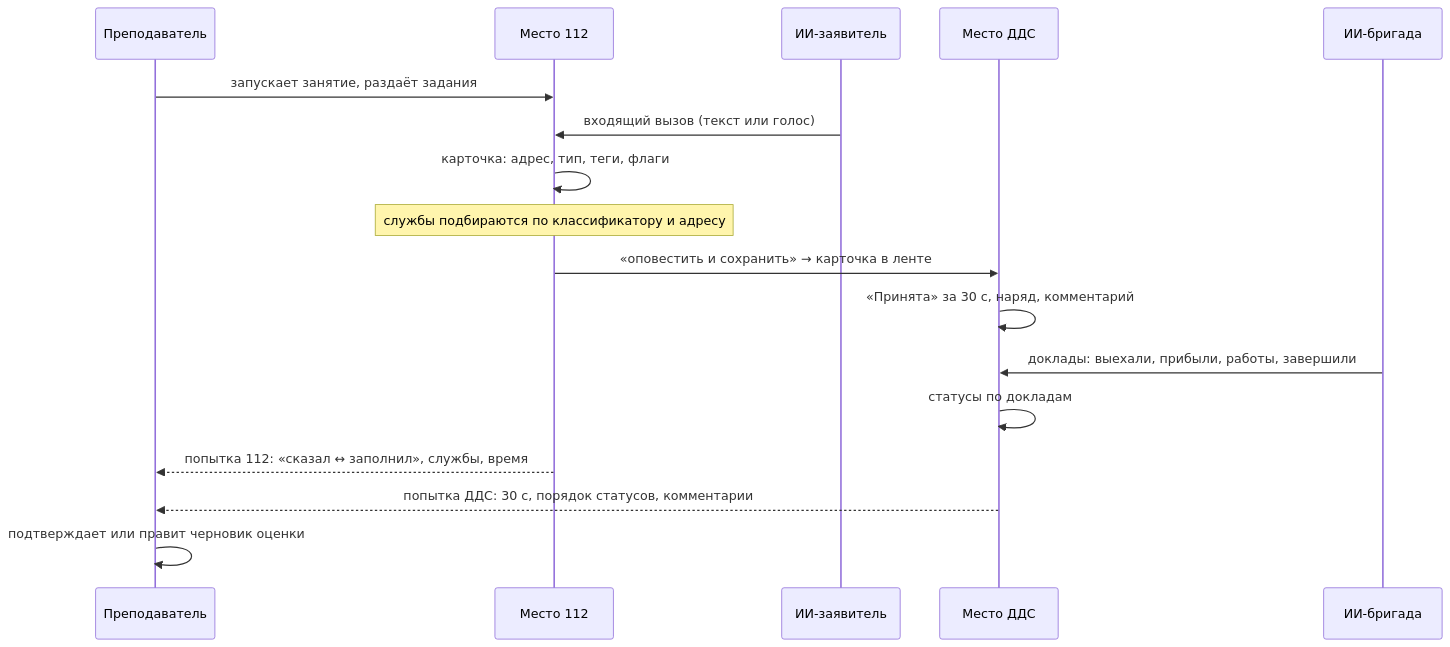
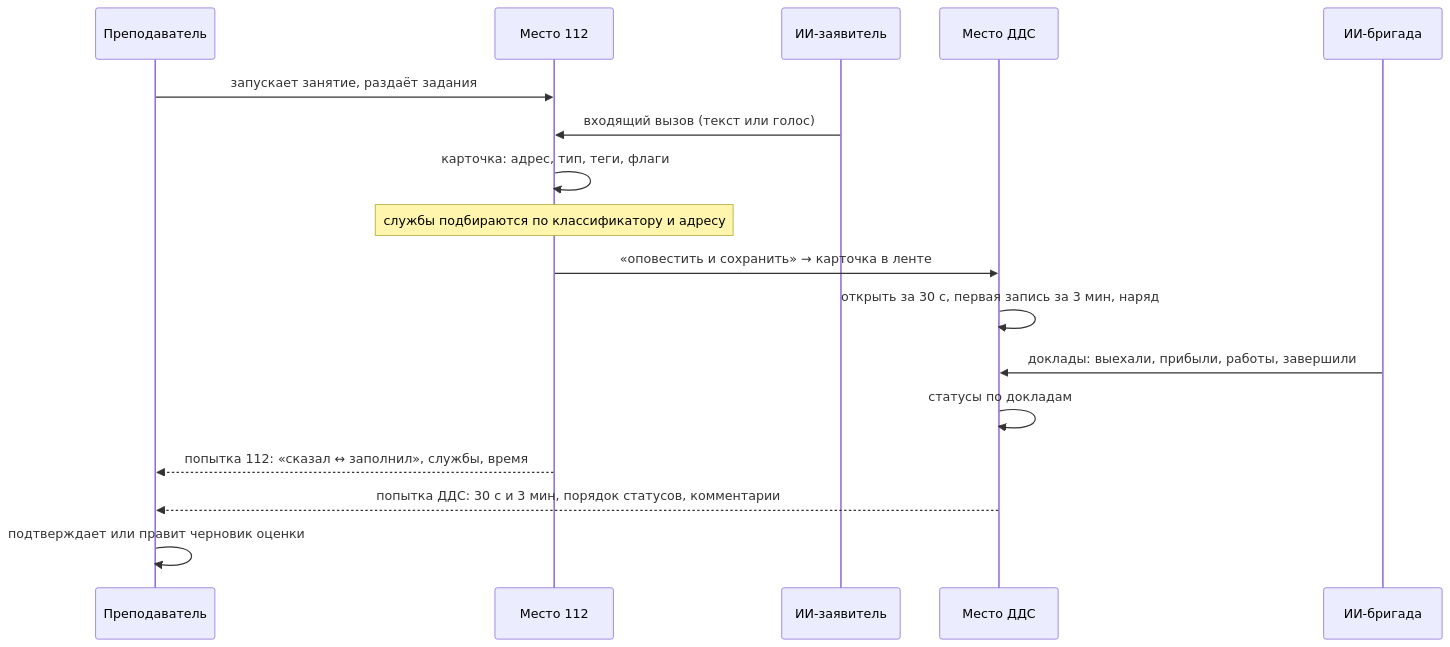
One commit to bukhanka/trainer-112-dds changed the second of 2 diagrams in docs/architecture.md. Above: the diagram before and after it, drawn with Mermaid. The commit also changed other lines of this file and 30 other files, not shown here.

````diff
--- a/docs/architecture.md
+++ b/docs/architecture.md
@@ -36,19 +36,19 @@
 ```mermaid
 sequenceDiagram
   participant P as Преподаватель
   participant O as Место 112
   participant AI as ИИ-заявитель
   participant D as Место ДДС
   participant B as ИИ-бригада
   P->>O: запускает занятие, раздаёт задания
   AI->>O: входящий вызов (текст или голос)
   O->>O: карточка: адрес, тип, теги, флаги
   Note over O: службы подбираются по классификатору и адресу
   O->>D: «оповестить и сохранить» → карточка в ленте
-  D->>D: «Принята» за 30 с, наряд, комментарий
+  D->>D: открыть за 30 с, первая запись за 3 мин, наряд
   B->>D: доклады: выехали, прибыли, работы, завершили
   D->>D: статусы по докладам
   O-->>P: попытка 112: «сказал ↔ заполнил», службы, время
-  D-->>P: попытка ДДС: 30 с, порядок статусов, комментарии
+  D-->>P: попытка ДДС: 30 с и 3 мин, порядок статусов, комментарии
   P->>P: подтверждает или правит черновик оценки
 ```
````
